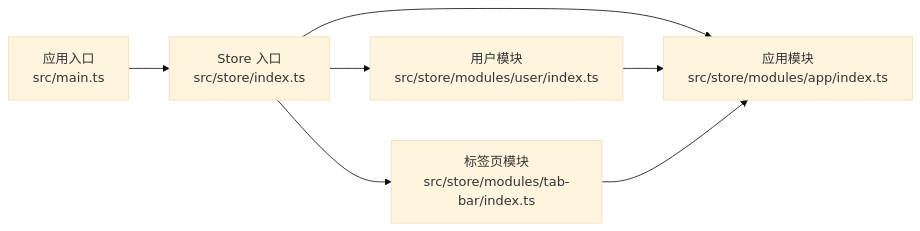
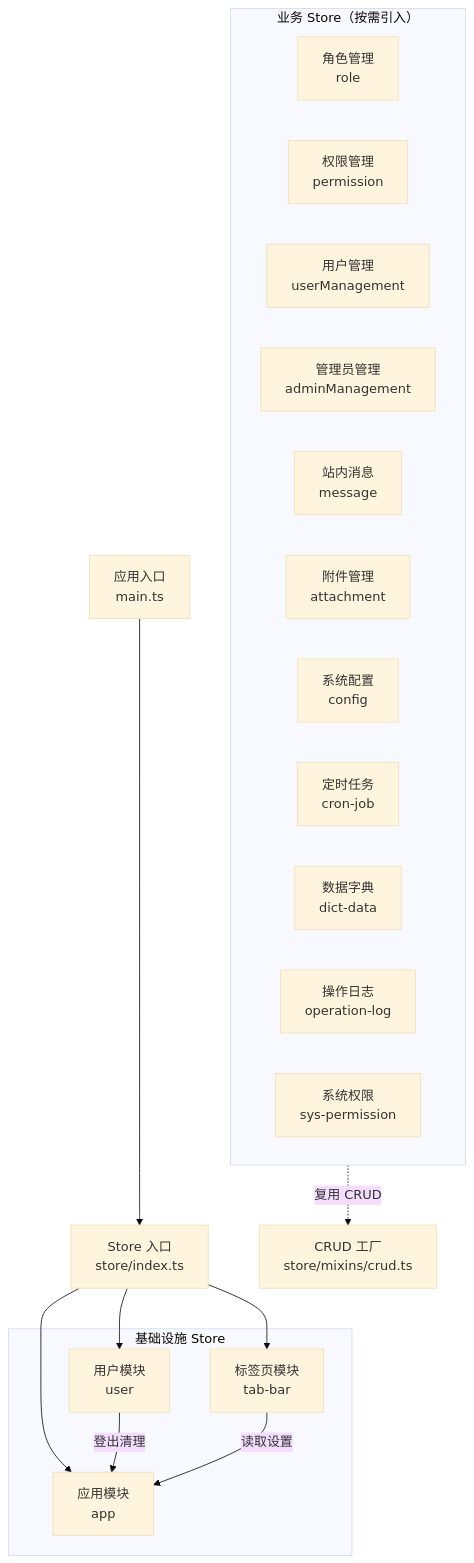
The seventh of 7 diagrams in .qoder/repowiki/zh/content/状态管理/状态管理.md (wuwuseo/e-sports-go-admin-web), drawn with Mermaid (base theme) before and after one commit. The commit also changed other lines of this file and 7 other files, not shown here.

````diff
--- a/.qoder/repowiki/zh/content/状态管理/状态管理.md
+++ b/.qoder/repowiki/zh/content/状态管理/状态管理.md
@@ -248,9 +486,28 @@
 ```mermaid
-graph LR
-Main["应用入口<br/>src/main.ts"] --> StoreIndex["Store 入口<br/>src/store/index.ts"]
-StoreIndex --> App["应用模块<br/>src/store/modules/app/index.ts"]
-StoreIndex --> User["用户模块<br/>src/store/modules/user/index.ts"]
-StoreIndex --> Tab["标签页模块<br/>src/store/modules/tab-bar/index.ts"]
-User --> App
-Tab --> App
+graph TB
+    subgraph A["基础设施 Store"]
+        App["应用模块<br/>app"]
+        User["用户模块<br/>user"]
+        Tab["标签页模块<br/>tab-bar"]
+    end
+    subgraph B["业务 Store（按需引入）"]
+        Role["角色管理<br/>role"]
+        Permission["权限管理<br/>permission"]
+        UserMgmt["用户管理<br/>userManagement"]
+        AdminMgmt["管理员管理<br/>adminManagement"]
+        Message["站内消息<br/>message"]
+        Attachment["附件管理<br/>attachment"]
+        Config["系统配置<br/>config"]
+        CronJob["定时任务<br/>cron-job"]
+        Dict["数据字典<br/>dict-data"]
+        OpLog["操作日志<br/>operation-log"]
+        SysPerm["系统权限<br/>sys-permission"]
+    end
+    Main["应用入口<br/>main.ts"] --> StoreIndex["Store 入口<br/>store/index.ts"]
+    StoreIndex --> App
+    StoreIndex --> User
+    StoreIndex --> Tab
+    User -->|登出清理| App
+    Tab -->|读取设置| App
+    B -.->|复用 CRUD| CrudMixin["CRUD 工厂<br/>store/mixins/crud.ts"]
 ```
````
